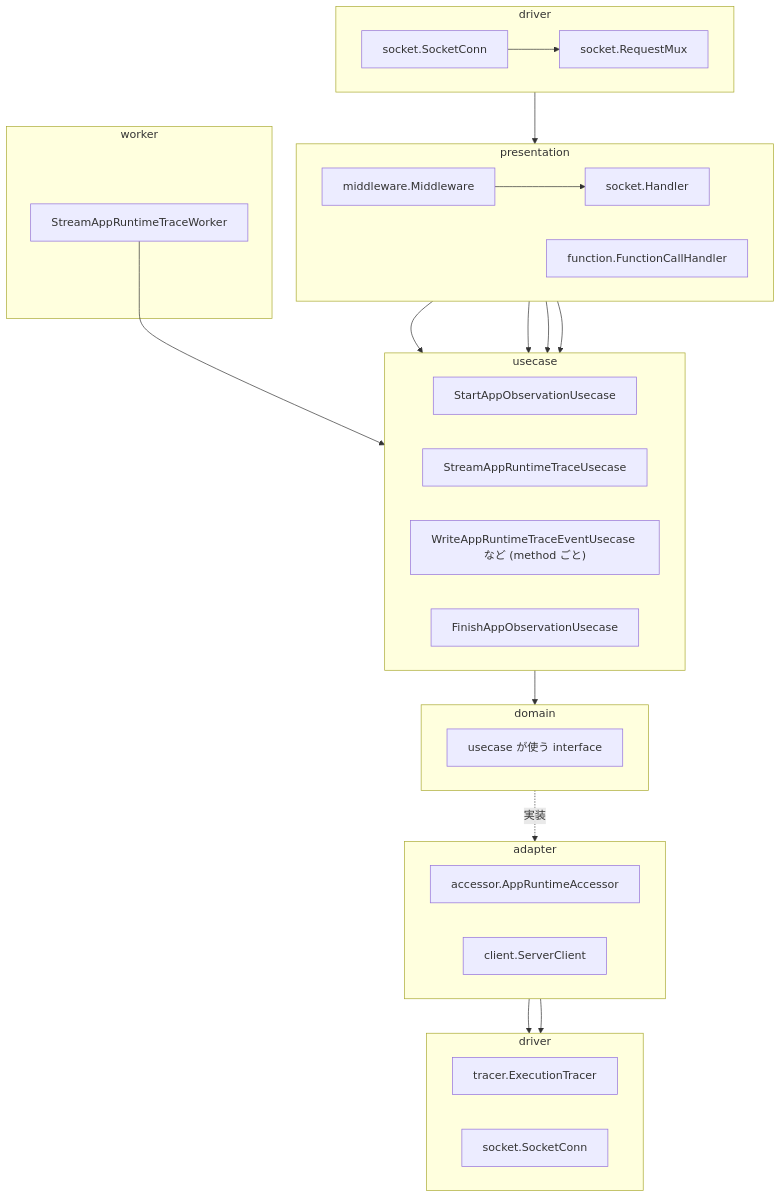
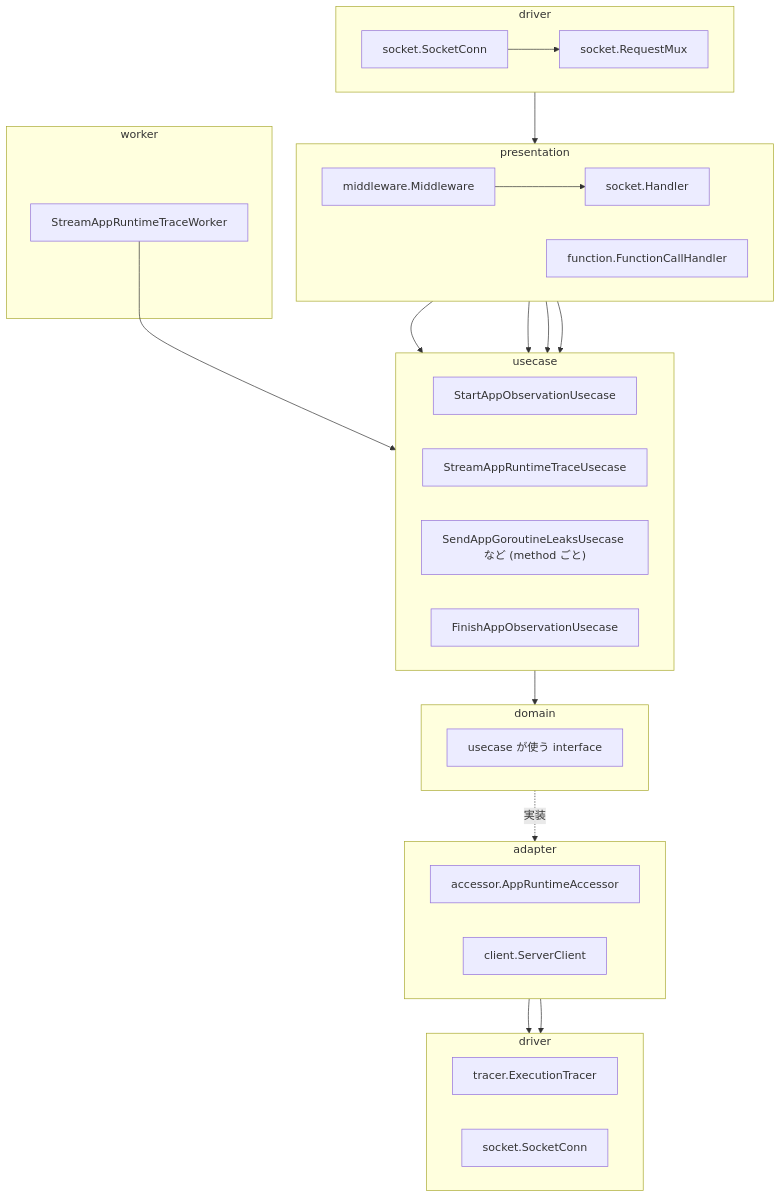
The third of 4 diagrams in docs/architecture.md (kakkky/gorviz), drawn with Mermaid before and after one commit. The commit also changed other lines of this file and 1 other file, not shown here.

Commit message:
docs: let the agent push only the trace and its hello and bye and answer the server's requests otherwise, keep the marks on the server's clock, and take the goroutineleak profile when the waiting goroutines grew
Claude-Session: https://claude.ai/code/session_01M8Qy8XFu2wXvQ1fnCvskBp

````diff
--- a/docs/architecture.md
+++ b/docs/architecture.md
@@ -120,48 +120,48 @@
 ```mermaid
 flowchart TD
     subgraph driverIn["driver"]
         direction LR
         SocketConn["socket.SocketConn"]
         RequestMux["socket.RequestMux"]
     end
     subgraph presentation["presentation"]
         direction LR
         Middleware["middleware.Middleware"]
         SocketHandler["socket.Handler"]
         FunctionCallHandler["function.FunctionCallHandler"]
     end
     subgraph worker["worker"]
         StreamAppRuntimeTraceWorker
     end
     subgraph usecase["usecase"]
         direction LR
         StartAppObservationUsecase
         StreamAppRuntimeTraceUsecase
-        RequestUsecases["WriteAppRuntimeTraceEventUsecase など (method ごと)"]
+        RequestUsecases["SendAppGoroutineLeaksUsecase など (method ごと)"]
         FinishAppObservationUsecase
     end
     subgraph domain["domain"]
         Interfaces["usecase が使う interface"]
     end
     subgraph adapter["adapter"]
         direction LR
         AppRuntimeAccessor["accessor.AppRuntimeAccessor"]
         ServerClient["client.ServerClient"]
     end
     subgraph driverOut["driver"]
         direction LR
         ExecutionTracer["tracer.ExecutionTracer"]
         SocketConnOut["socket.SocketConn"]
     end
 
     SocketConn --> RequestMux --> Middleware --> SocketHandler
     SocketHandler --> RequestUsecases
     SocketHandler --> FinishAppObservationUsecase
     StreamAppRuntimeTraceWorker --> StreamAppRuntimeTraceUsecase
     FunctionCallHandler --> StartAppObservationUsecase
     FunctionCallHandler --> FinishAppObservationUsecase
     usecase --> domain
     domain -. 実装 .-> adapter
     AppRuntimeAccessor --> ExecutionTracer
     ServerClient --> SocketConnOut
 ```
````
